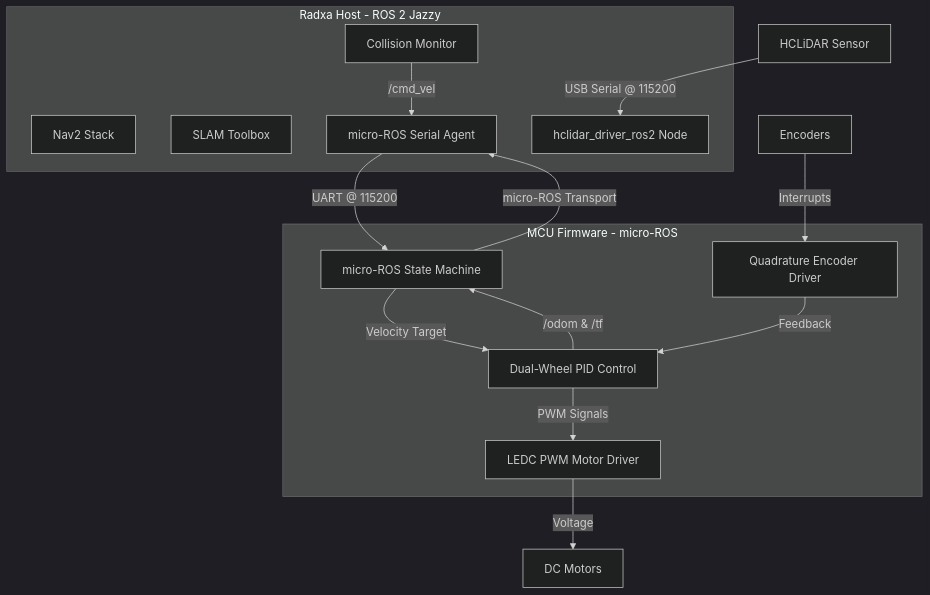
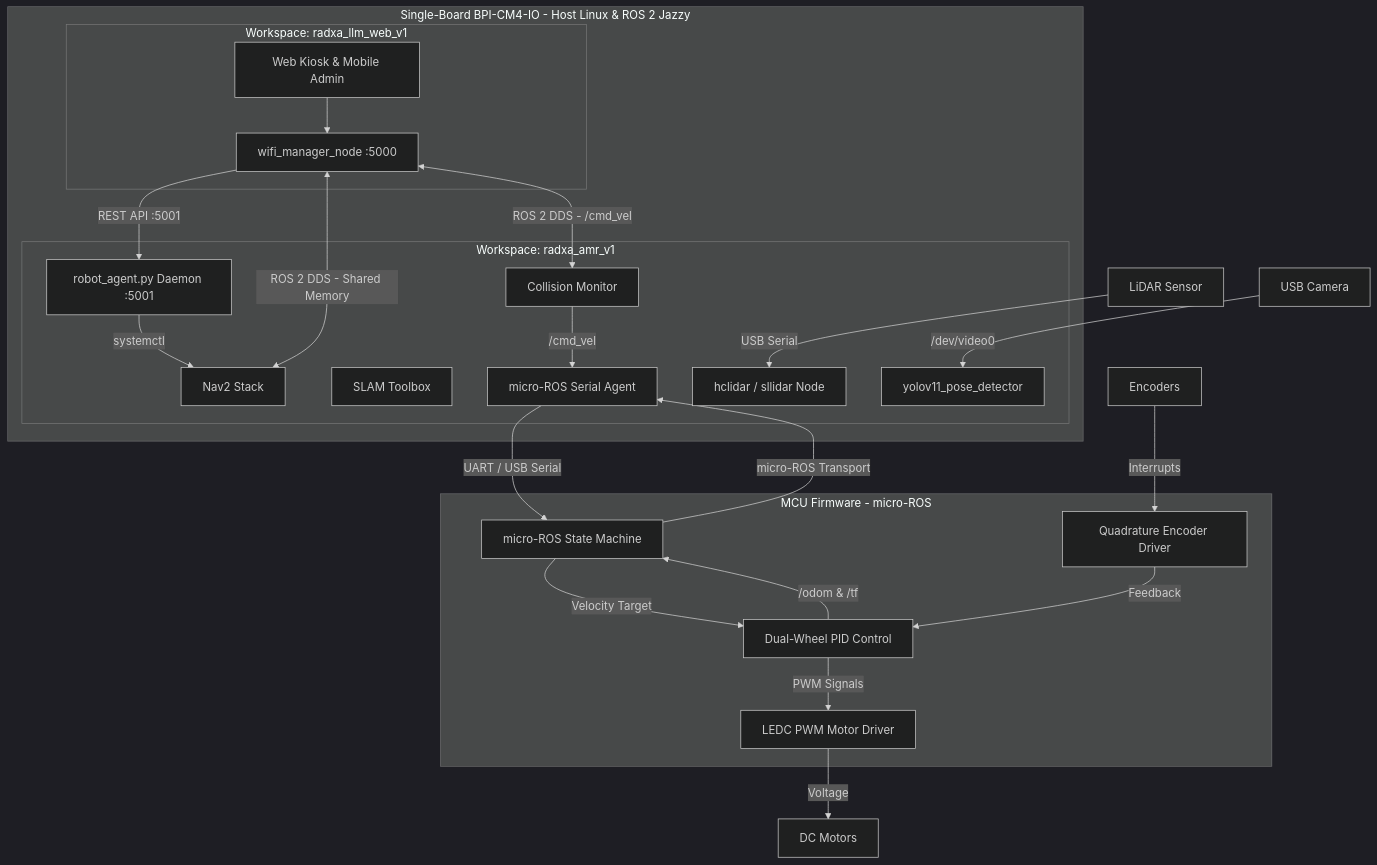
Before and after one commit to miguelsonohara/radxa_amr_v1: the diagram in GEMINI.md, drawn with Mermaid (dark theme). The commit also changed other lines of this file and 13 other files, not shown here.

First line of the commit message:
feat: migrate to single-board BPI-CM4-IO architecture

````diff
--- a/GEMINI.md
+++ b/GEMINI.md
@@ -14,30 +17,44 @@
 ```mermaid
 graph TD
-    subgraph Radxa Dragon Q6A [Radxa Host - ROS 2 Jazzy]
-        Nav2[Nav2 Stack]
-        SLAM[SLAM Toolbox]
-        %% LidarDriver[sllidar_ros2 Node]
-        LidarDriver[hclidar_driver_ros2 Node]
-        ColMon[Collision Monitor]
-        MicroAgent[micro-ROS Serial Agent]
+    subgraph BPI-CM4-IO [Single-Board BPI-CM4-IO - Host Linux & ROS 2 Jazzy]
+        subgraph WebStack [Workspace: radxa_llm_web_v1]
+            WebUI[Web Kiosk & Mobile Admin]
+            WebGateway[wifi_manager_node :5000]
+            WebUI --> WebGateway
+        end
+
+        subgraph CoreStack [Workspace: radxa_amr_v1]
+            RobotAgent[robot_agent.py Daemon :5001]
+            Nav2[Nav2 Stack]
+            SLAM[SLAM Toolbox]
+            LidarDriver[hclidar / sllidar Node]
+            ColMon[Collision Monitor]
+            MicroAgent[micro-ROS Serial Agent]
+            VisionNode[yolov11_pose_detector]
+        end
+
+        WebGateway -->|REST API :5001| RobotAgent
+        WebGateway <-->|ROS 2 DDS - Shared Memory| Nav2
+        WebGateway <-->|ROS 2 DDS - /cmd_vel| ColMon
+        RobotAgent -->|systemctl| Nav2
     end
 
     subgraph ESP32-S3 [MCU Firmware - micro-ROS]
         StateM[micro-ROS State Machine]
         PID[Dual-Wheel PID Control]
         LEDC[LEDC PWM Motor Driver]
         Enc[Quadrature Encoder Driver]
     end
 
-    %% Lidar[RPLidar Sensor] -->|USB Serial @ 460800| LidarDriver
-    Lidar[HCLiDAR Sensor] -->|USB Serial @ 115200| LidarDriver
-    ColMon -->|/cmd_vel | MicroAgent
-    MicroAgent -->|UART @ 115200| StateM
+    Lidar[LiDAR Sensor] -->|USB Serial| LidarDriver
+    Camera[USB Camera] -->|/dev/video0| VisionNode
+    ColMon -->|/cmd_vel| MicroAgent
+    MicroAgent -->|UART / USB Serial| StateM
     StateM -->|Velocity Target| PID
     PID -->|PWM Signals| LEDC
     LEDC -->|Voltage| Motors[DC Motors]
     EncT[Encoders] -->|Interrupts| Enc
     Enc -->|Feedback| PID
     PID -->|/odom & /tf| StateM
     StateM -->|micro-ROS Transport| MicroAgent
 ```
````
